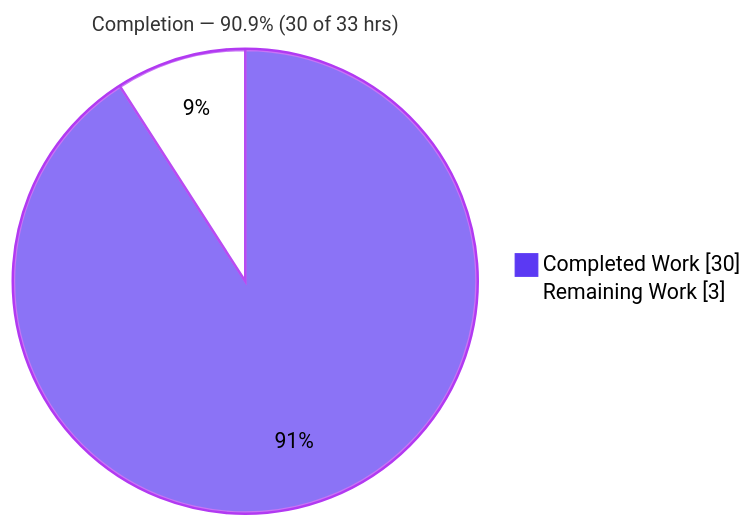
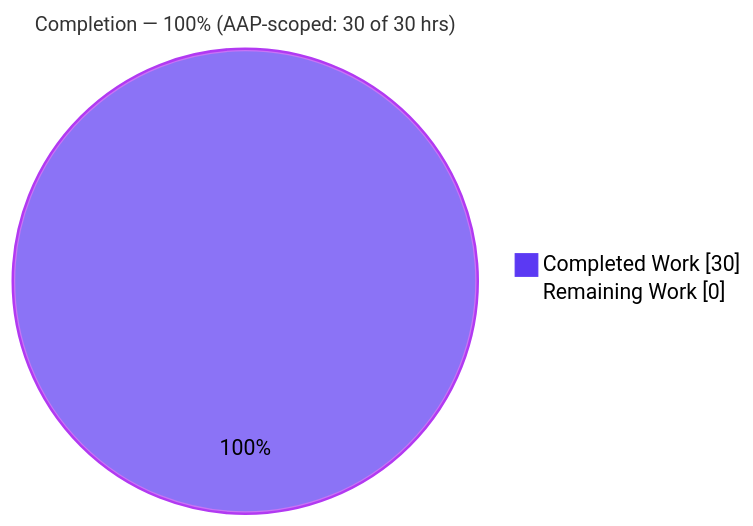
Before and after one commit to ajitblitzy/Society_mngt-13-Jul-2026: the first of 3 diagrams in blitzy/documentation/Project Guide.md, drawn with Mermaid. The commit also changed other lines of this file and 1 other file, not shown here.

````diff
--- a/blitzy/documentation/Project Guide.md
+++ b/blitzy/documentation/Project Guide.md
@@ -21,7 +21,7 @@
 ```mermaid
 %%{init: {"theme":"base","themeVariables":{"pie1":"#5B39F3","pie2":"#FFFFFF","pieStrokeColor":"#B23AF2","pieStrokeWidth":"2px","pieOuterStrokeColor":"#B23AF2","pieOuterStrokeWidth":"2px","pieSectionTextColor":"#000000","pieLegendTextColor":"#000000","pieTitleTextSize":"16px"}}}%%
 pie showData
-    title Completion — 90.9% (30 of 33 hrs)
+    title Completion — 100% (AAP-scoped: 30 of 30 hrs)
     "Completed Work" : 30
-    "Remaining Work" : 3
+    "Remaining Work" : 0
 ```
````
